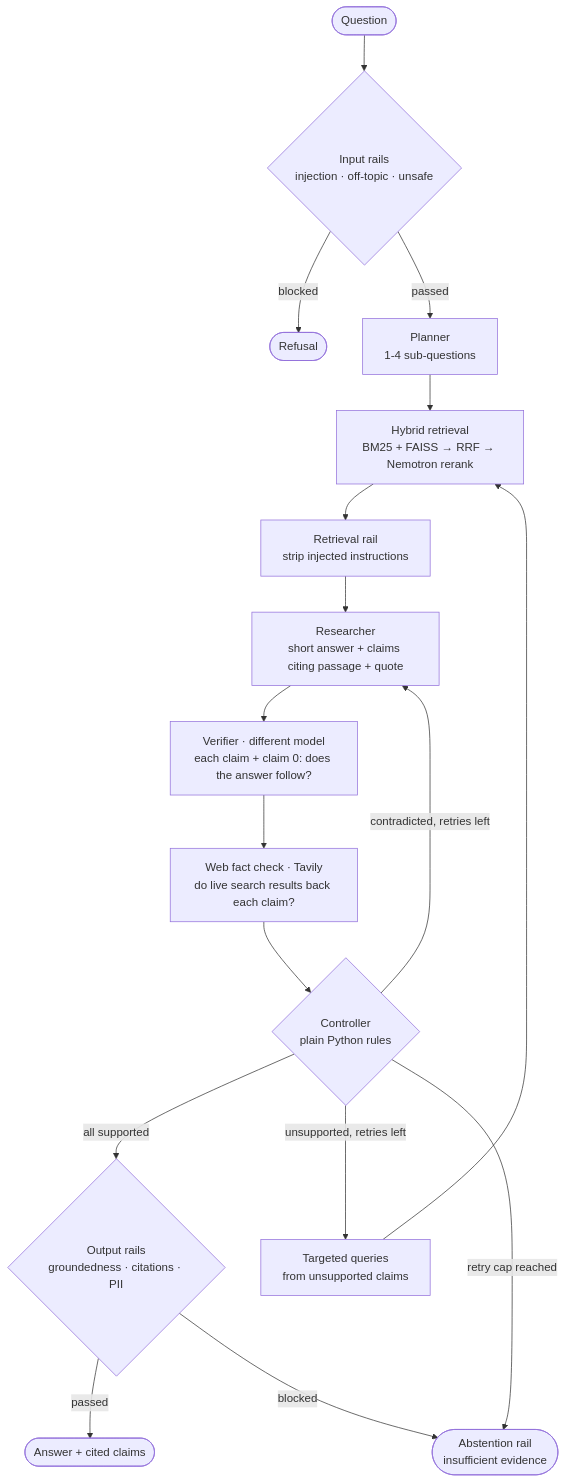
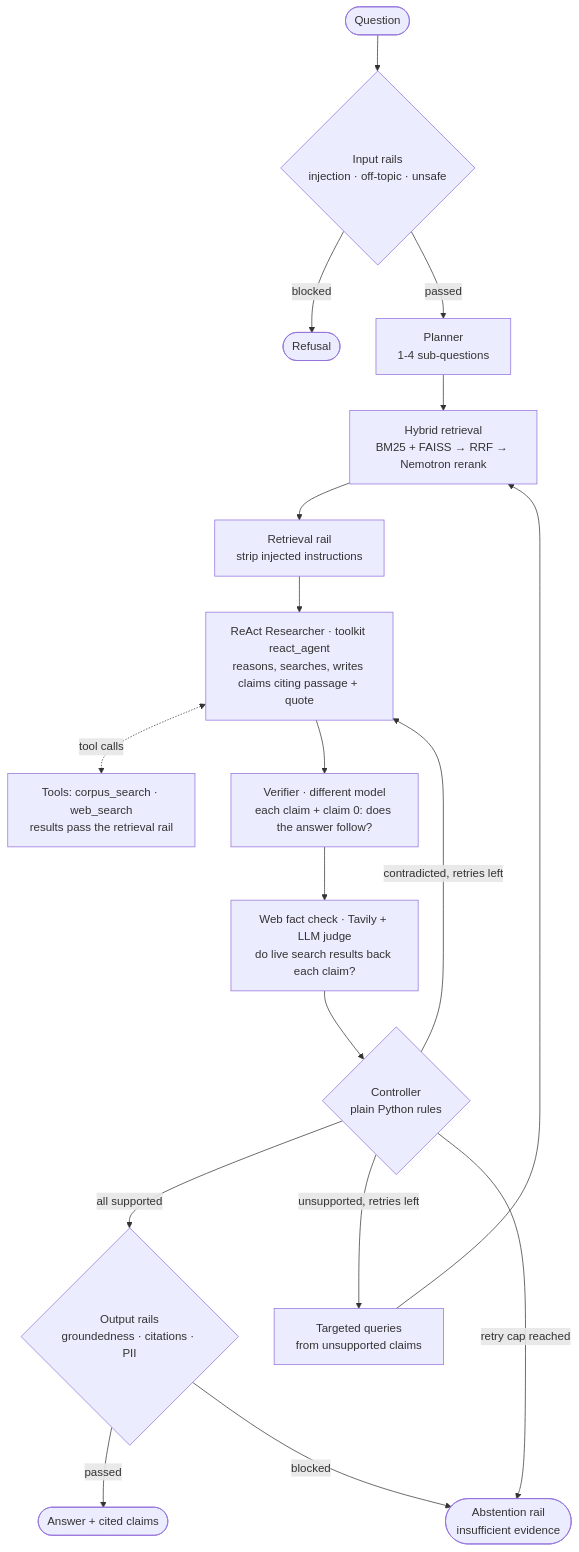
Before and after one commit to alankudakkad17/Self-correcting-RAG-NeMo-: the diagram in README.md, drawn with Mermaid. The commit also changed other lines of this file and 29 other files, not shown here.

First line of the commit message:
Use the toolkit's ReAct agent as the Researcher; LLM-judged web fact check

````diff
--- a/README.md
+++ b/README.md
@@ -13,18 +13,19 @@
 ```mermaid
 flowchart TD
     Q([Question]) --> IR{Input rails<br/>injection · off-topic · unsafe}
     IR -- blocked --> REF([Refusal])
     IR -- passed --> P[Planner<br/>1-4 sub-questions]
     P --> R[Hybrid retrieval<br/>BM25 + FAISS → RRF → Nemotron rerank]
     R --> RR[Retrieval rail<br/>strip injected instructions]
-    RR --> RS[Researcher<br/>short answer + claims citing passage + quote]
+    RR --> RS[ReAct Researcher · toolkit react_agent<br/>reasons, searches, writes claims citing passage + quote]
+    RS <-. tool calls .-> T[Tools: corpus_search · web_search<br/>results pass the retrieval rail]
     RS --> V[Verifier · different model<br/>each claim + claim 0: does the answer follow?]
-    V --> W[Web fact check · Tavily<br/>do live search results back each claim?]
+    V --> W[Web fact check · Tavily + LLM judge<br/>do live search results back each claim?]
     W --> C{Controller<br/>plain Python rules}
     C -- all supported --> OR{Output rails<br/>groundedness · citations · PII}
     C -- unsupported, retries left --> TQ[Targeted queries<br/>from unsupported claims] --> R
     C -- contradicted, retries left --> RS
     C -- retry cap reached --> AB([Abstention rail<br/>insufficient evidence])
     OR -- passed --> A([Answer + cited claims])
     OR -- blocked --> AB
 ```
````
